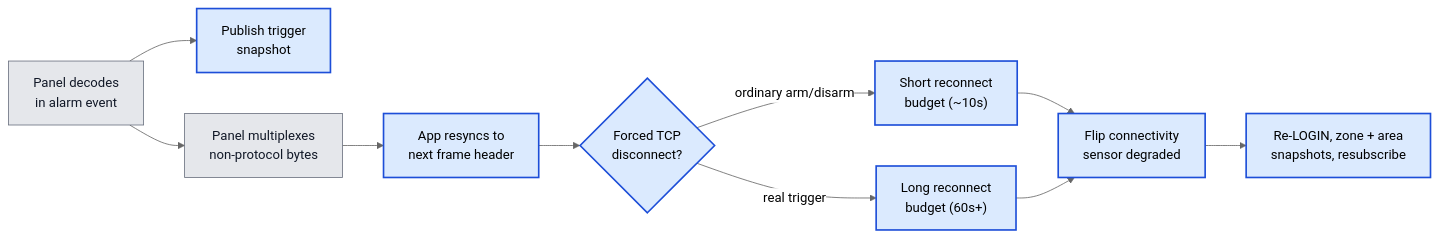
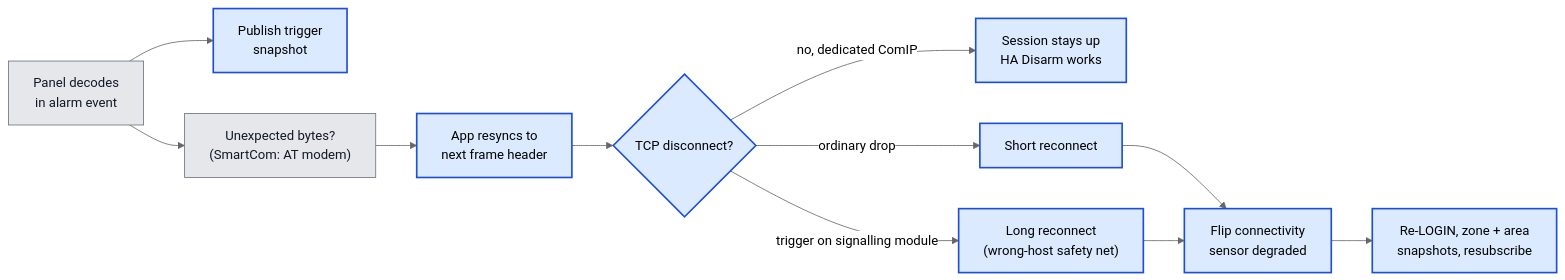
One commit to michaelmarconi/texecom_alarm changed the sixth of 7 diagrams in docs/architecture.md. Above: the diagram before and after it, drawn with Mermaid (neutral theme). The commit also changed other lines of this file and 5 other files, not shown here.

First line of the commit message:
docs: treat Hayes modem noise as a SmartCom/wrong-host tell

````diff
--- a/docs/architecture.md
+++ b/docs/architecture.md
@@ -415,22 +427,24 @@
 ```mermaid
 flowchart LR
     Trigger["Panel decodes<br/>in alarm event"]:::external
     Snap["Publish trigger<br/>snapshot"]:::owned
-    Multiplex["Panel multiplexes<br/>non-protocol bytes"]:::external
+    Junk["Unexpected bytes?<br/>(SmartCom: AT modem)"]:::external
     Resync["App resyncs to<br/>next frame header"]:::owned
-    Drop{"Forced TCP<br/>disconnect?"}:::owned
-    Short["Short reconnect<br/>budget (~10s)"]:::owned
-    Long["Long reconnect<br/>budget (60s+)"]:::owned
+    Drop{"TCP disconnect?"}:::owned
+    Stay["Session stays up<br/>HA Disarm works"]:::owned
+    Short["Short reconnect"]:::owned
+    Long["Long reconnect<br/>(wrong-host safety net)"]:::owned
     Degrade["Flip connectivity<br/>sensor degraded"]:::owned
     Resume["Re-LOGIN, zone + area<br/>snapshots, resubscribe"]:::owned
 
     Trigger --> Snap
-    Trigger --> Multiplex
-    Multiplex --> Resync
+    Trigger --> Junk
+    Junk --> Resync
     Resync --> Drop
-    Drop -->|ordinary arm/disarm| Short --> Degrade --> Resume
-    Drop -->|real trigger| Long --> Degrade
+    Drop -->|no, dedicated ComIP| Stay
+    Drop -->|ordinary drop| Short --> Degrade --> Resume
+    Drop -->|trigger on signalling module| Long --> Degrade
 
     classDef owned fill:#dbeafe,stroke:#1d4ed8,stroke-width:2px
     classDef external fill:#e5e7eb,stroke:#6b7280,color:#111827
 ```
````
